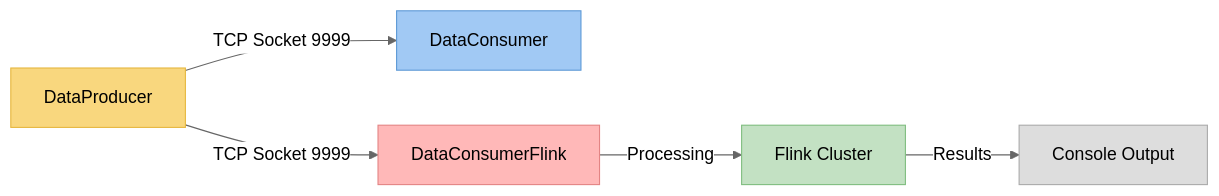
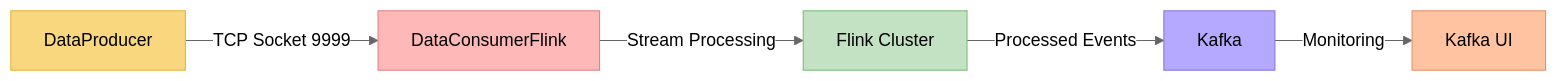
One commit to vikramaditya-tatke/tcp_flink_kafka_connector changed the first of 4 diagrams in README.md. Above: the diagram before and after it, drawn with Mermaid (neutral theme). The commit also changed other lines of this file and 1 other file, not shown here.

Commit message:
Update .gitignore and enhance README for Kafka integration in DataConsumerFlink

````diff
--- a/README.md
+++ b/README.md
@@ -12,13 +13,13 @@
 ```mermaid
 graph LR
-    A[DataProducer] -->|TCP Socket 9999| B[DataConsumer]
-    A -->|TCP Socket 9999| C[DataConsumerFlink]
-    C -->|Processing| D[Flink Cluster]
-    D -->|Results| E[Console Output]
+    A[DataProducer] -->|TCP Socket 9999| C[DataConsumerFlink]
+    C -->|Stream Processing| D[Flink Cluster]
+    D -->|Processed Events| F[Kafka]
+    F -->|Monitoring| G[Kafka UI]
     
     style A fill:#f9d77e,stroke:#e6b73e
-    style B fill:#a1c9f4,stroke:#5d99d6
     style C fill:#ffb8b8,stroke:#e38484
     style D fill:#c3e1c3,stroke:#7fbd7f
-    style E fill:#dddddd,stroke:#aaaaaa
+    style F fill:#b5a8ff,stroke:#8878db
+    style G fill:#ffc3a1,stroke:#e6926f
 ```
````
